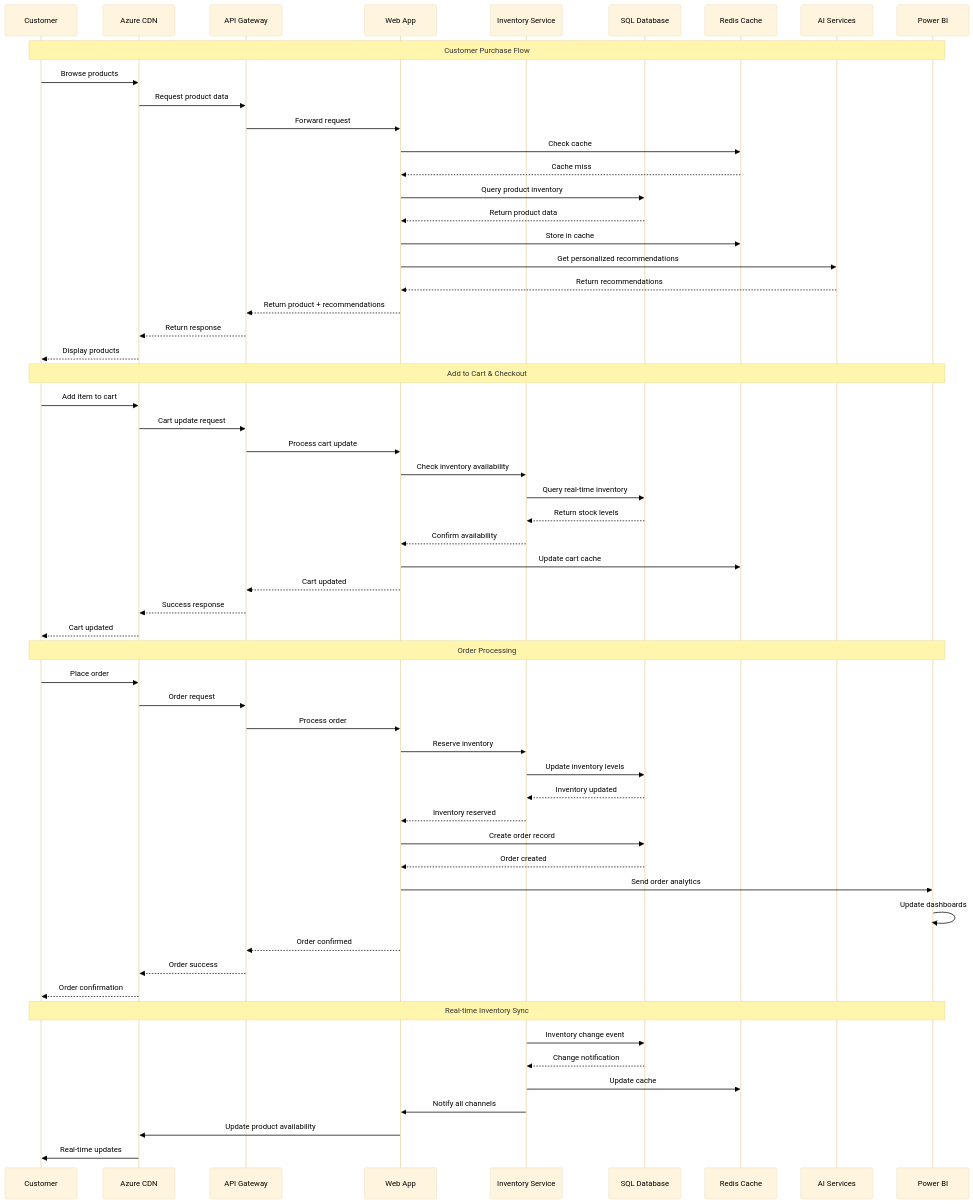
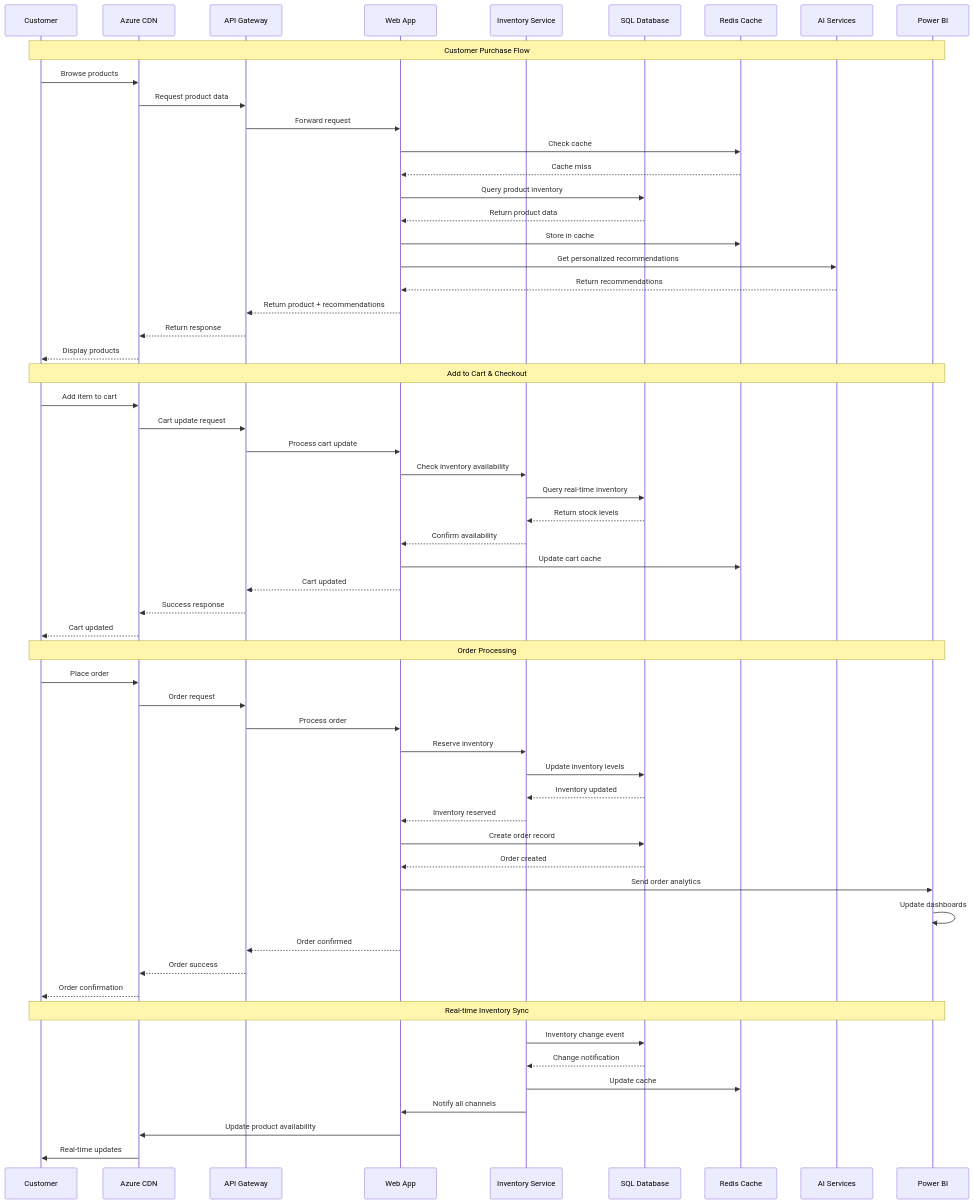
The third of 5 diagrams in Architecture_Diagram.md (genryusaishigikuni/final_project_ICC), drawn with Mermaid before and after one commit.

Commit message:
Reverted Data Flow Architecture diagram to original styling

````diff
--- a/Architecture_Diagram.md
+++ b/Architecture_Diagram.md
@@ -447,69 +447,68 @@
 ```mermaid
-%%{init: {'theme':'base', 'themeVariables': {'primaryTextColor':'#000000', 'fontSize':'14px'}}}%%
 sequenceDiagram
     participant C as Customer
     participant CDN as Azure CDN
     participant API as API Gateway
     participant APP as Web App
     participant INV as Inventory Service
     participant DB as SQL Database
     participant CACHE as Redis Cache
     participant AI as AI Services
     participant BI as Power BI
 
     Note over C,BI: Customer Purchase Flow
 
     C->>CDN: Browse products
     CDN->>API: Request product data
     API->>APP: Forward request
     APP->>CACHE: Check cache
     CACHE-->>APP: Cache miss
     APP->>DB: Query product inventory
     DB-->>APP: Return product data
     APP->>CACHE: Store in cache
     APP->>AI: Get personalized recommendations
     AI-->>APP: Return recommendations
     APP-->>API: Return product + recommendations
     API-->>CDN: Return response
     CDN-->>C: Display products
 
     Note over C,BI: Add to Cart & Checkout
 
     C->>CDN: Add item to cart
     CDN->>API: Cart update request
     API->>APP: Process cart update
     APP->>INV: Check inventory availability
     INV->>DB: Query real-time inventory
     DB-->>INV: Return stock levels
     INV-->>APP: Confirm availability
     APP->>CACHE: Update cart cache
     APP-->>API: Cart updated
     API-->>CDN: Success response
     CDN-->>C: Cart updated
 
     Note over C,BI: Order Processing
 
     C->>CDN: Place order
     CDN->>API: Order request
     API->>APP: Process order
     APP->>INV: Reserve inventory
     INV->>DB: Update inventory levels
     DB-->>INV: Inventory updated
     INV-->>APP: Inventory reserved
     APP->>DB: Create order record
     DB-->>APP: Order created
     APP->>BI: Send order analytics
     BI->>BI: Update dashboards
     APP-->>API: Order confirmed
     API-->>CDN: Order success
     CDN-->>C: Order confirmation
 
     Note over C,BI: Real-time Inventory Sync
 
     INV->>DB: Inventory change event
     DB-->>INV: Change notification
     INV->>CACHE: Update cache
     INV->>APP: Notify all channels
     APP->>CDN: Update product availability
     CDN->>C: Real-time updates
 ```
````
